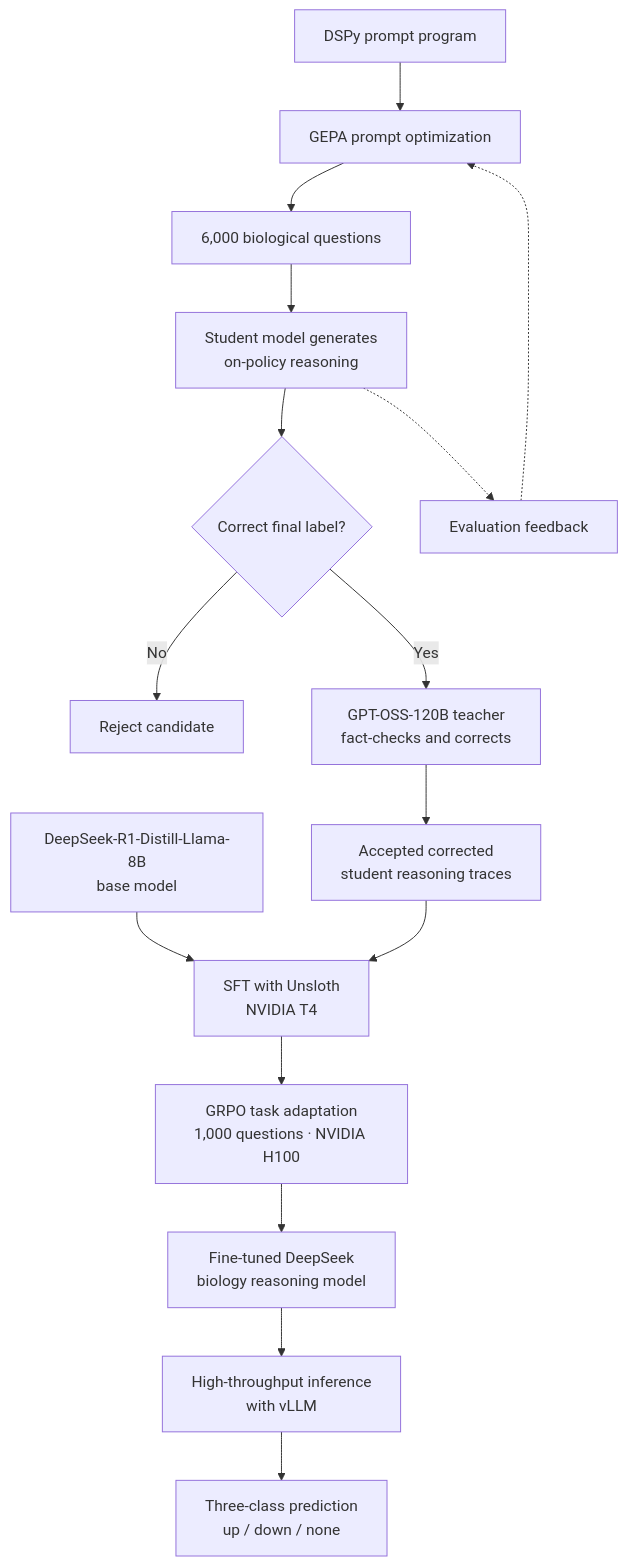
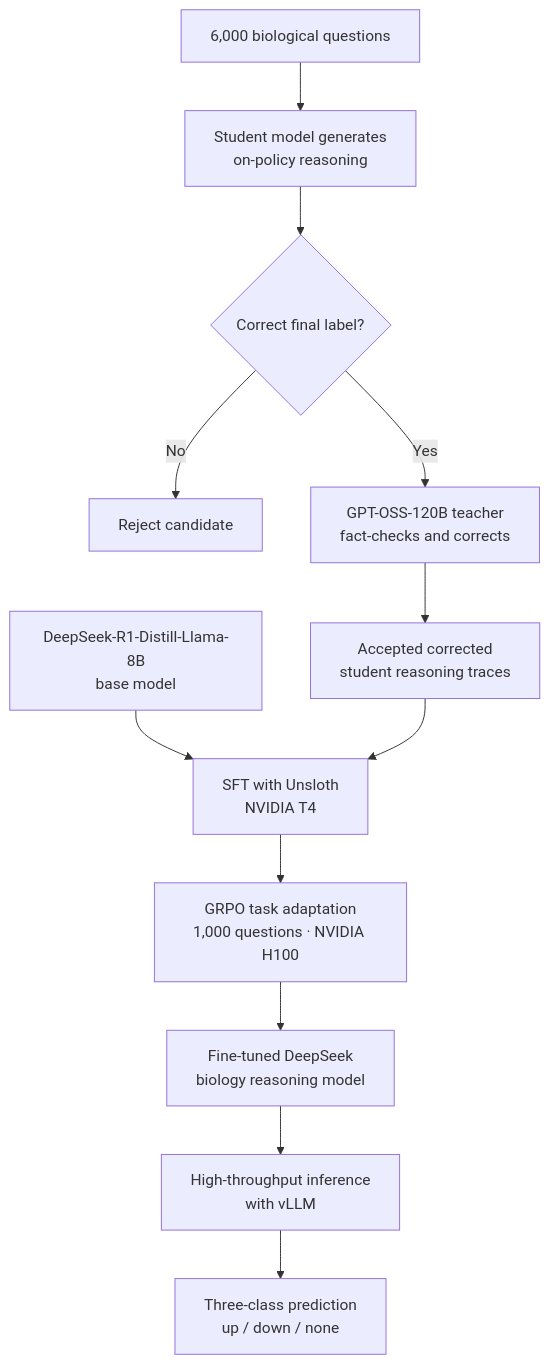
Before and after one commit to rishaviitd/kaggle.bioreasoning.challenge: the diagram in README.md, drawn with Mermaid. The commit also changed other lines of this file, not shown here.

Commit message:
refinements

````diff
--- a/README.md
+++ b/README.md
@@ -165,20 +165,15 @@
 ```mermaid
 flowchart TD
-    P["DSPy prompt program"] --> E["GEPA prompt optimization"]
-    E --> D["6,000 biological questions"]
-    D --> M["Student model generates<br/>on-policy reasoning"]
+    D["6,000 biological questions"] --> M["Student model generates<br/>on-policy reasoning"]
     M --> C{"Correct final label?"}
     C -->|"No"| X["Reject candidate"]
     C -->|"Yes"| T["GPT-OSS-120B teacher<br/>fact-checks and corrects"]
     T --> R["Accepted corrected<br/>student reasoning traces"]
 
     B["DeepSeek-R1-Distill-Llama-8B<br/>base model"] --> S["SFT with Unsloth<br/>NVIDIA T4"]
     R --> S
     S --> G["GRPO task adaptation<br/>1,000 questions · NVIDIA H100"]
     G --> F["Fine-tuned DeepSeek<br/>biology reasoning model"]
     F --> I["High-throughput inference<br/>with vLLM"]
     I --> O["Three-class prediction<br/>up / down / none"]
-
-    M -.-> V["Evaluation feedback"]
-    V -.-> E
 ```
````
